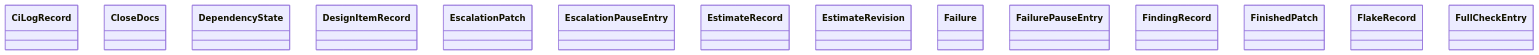
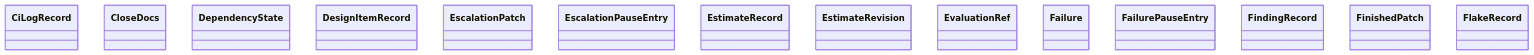
Before and after one commit to GonzaloZevallos/agentic-system: the diagram in docs/architecture/generated/classes-process-domain-state-3.md, drawn with Mermaid. The commit also changed other lines of this file and 9 other files, not shown here.

````diff
--- a/docs/architecture/generated/classes-process-domain-state-3.md
+++ b/docs/architecture/generated/classes-process-domain-state-3.md
@@ -21,17 +21,17 @@
 ```mermaid
 classDiagram
     class task__CiLogRecord["CiLogRecord"]
     class task__CloseDocs["CloseDocs"]
     class task__DependencyState["DependencyState"]
     class task__DesignItemRecord["DesignItemRecord"]
     class task__EscalationPatch["EscalationPatch"]
     class task__EscalationPauseEntry["EscalationPauseEntry"]
     class task__EstimateRecord["EstimateRecord"]
     class task__EstimateRevision["EstimateRevision"]
+    class task__EvaluationRef["EvaluationRef"]
     class task__Failure["Failure"]
     class task__FailurePauseEntry["FailurePauseEntry"]
     class task__FindingRecord["FindingRecord"]
     class task__FinishedPatch["FinishedPatch"]
     class task__FlakeRecord["FlakeRecord"]
-    class task__FullCheckEntry["FullCheckEntry"]
 ```
````
